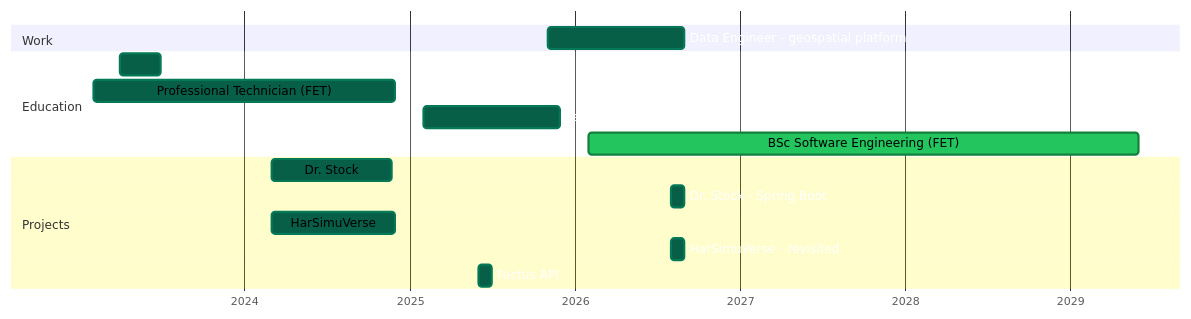
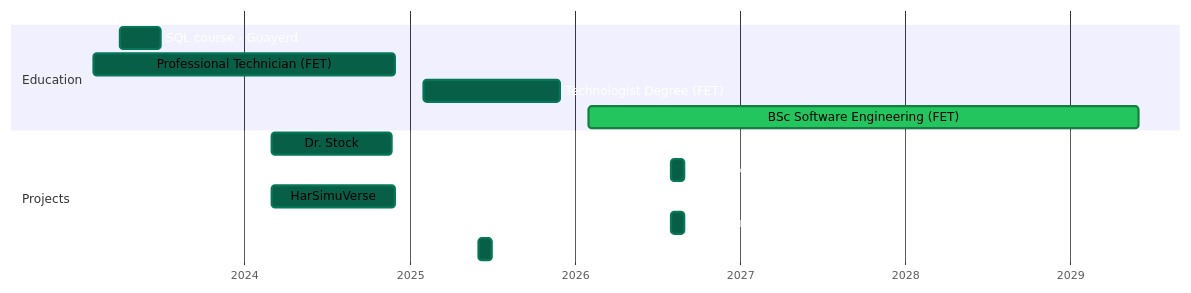
The second of 2 diagrams in README.md (JuanJo24S/JuanJo24S), drawn with Mermaid before and after one commit. The commit also changed other lines of this file, not shown here.

Commit message:
Remove dates from the confidential project section

````diff
--- a/README.md
+++ b/README.md
@@ -148,27 +148,25 @@
 ```mermaid
 %%{init: { 'themeVariables': {
 'doneTaskBkgColor': '#065f46',
 'doneTaskBorderColor': '#047857',
 'activeTaskBkgColor': '#22c55e',
 'activeTaskBorderColor': '#15803d',
 'taskTextColor': '#ffffff',
 'taskTextLightColor': '#ffffff',
 'taskTextOutsideColor': '#ffffff'
 }}}%%
 gantt
 dateFormat YYYY-MM-DD
 axisFormat %Y
-section Work
-Data Engineer - geospatial platform :done, 2025-11-01, 2026-08-31
 section Education
 SQL course - Guayerd :done, 2023-04-01, 2023-06-30
 Professional Technician (FET) :done, 2023-02-01, 2024-11-30
 Technologist Degree (FET) :done, 2025-02-01, 2025-11-30
 BSc Software Engineering (FET) :active, 2026-02-01, 2029-06-01
 section Projects
 Dr. Stock :done, 2024-03-01, 2024-11-22
 Dr. Stock - Spring Boot :done, 2026-08-01, 2026-08-31
 HarSimuVerse :done, 2024-03-01, 2024-11-30
 HarSimuVerse - revisited :done, 2026-08-01, 2026-08-31
 Factus API :done, 2025-06-01, 2025-06-30
 ```
````
